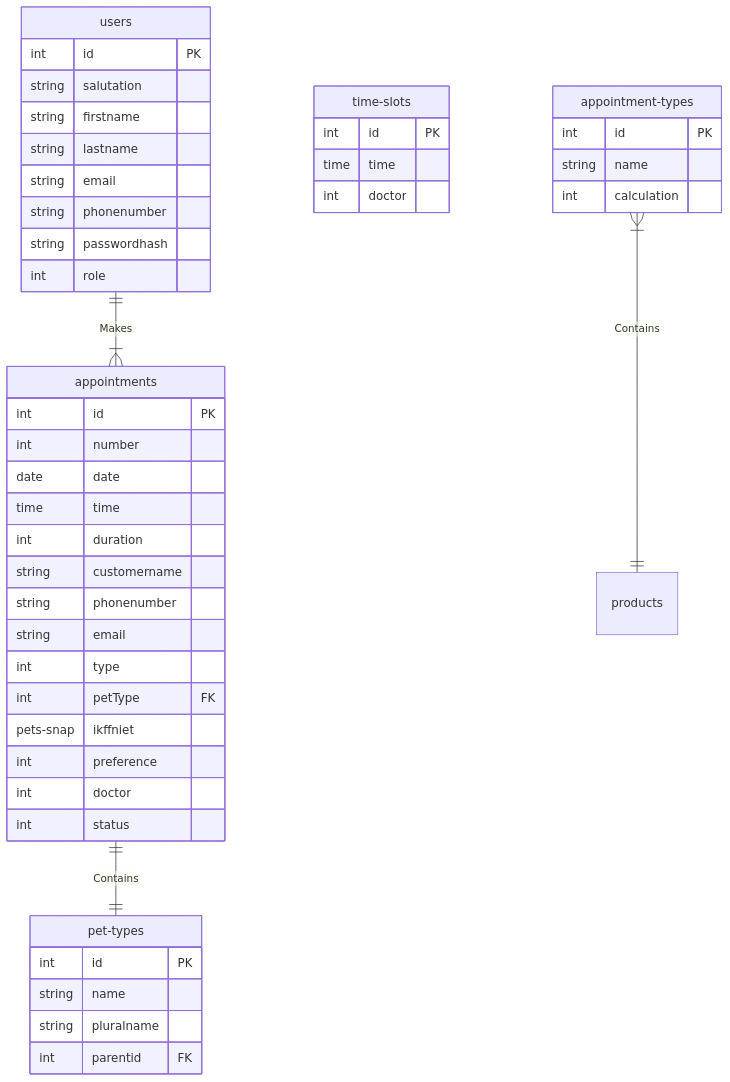
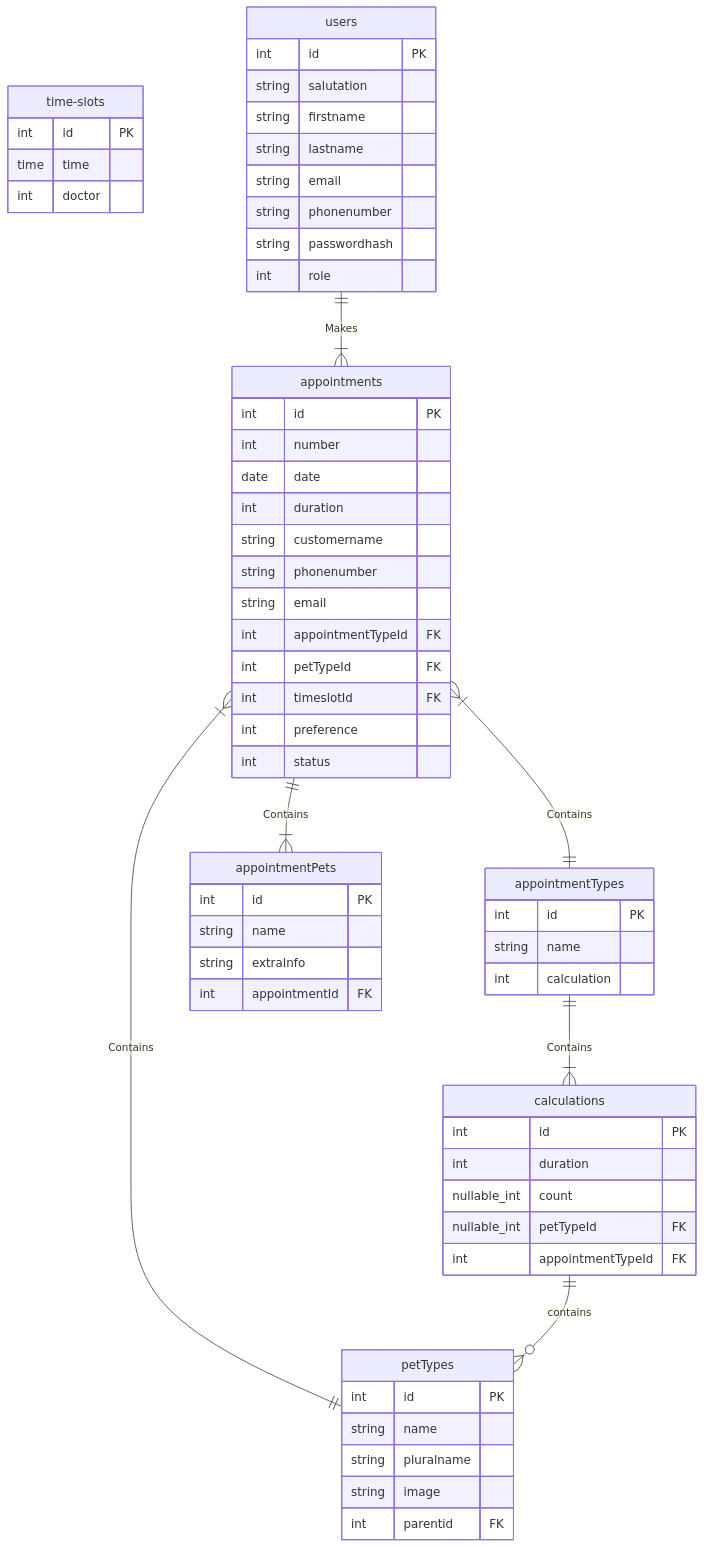
Before and after one commit to Educom-Trainees/educom-dierenartsen: the diagram in BackendASP/Designs/mermaiderd.md, drawn with Mermaid.

Commit message:
improved ERD, added tables and modified relationships

````diff
--- a/BackendASP/Designs/mermaiderd.md
+++ b/BackendASP/Designs/mermaiderd.md
@@ -1,52 +1,69 @@
 ```mermaid
 erDiagram
-    appointments ||--|| pet-types : Contains
+    appointments }|--|| petTypes : Contains
+    appointments }|--|| appointmentTypes : Contains
+    appointments ||--|{ appointmentPets : Contains
     appointments {
         int    id        PK
         int number
         date date
-        time time
         int duration
         string customername
         string phonenumber
         string email
-        int type
-        int petType     FK
-        pets-snap ikffniet
+        int appointmentTypeId      FK
+        int petTypeId              FK       
+        int timeslotId FK
         int preference 
-        int doctor
         int status
     }    
-    pet-types
-    pet-types {
+    petTypes
+    petTypes {
         int    id                PK
         string name           
         string pluralname 
+        string image
         int parentid FK
     } 
 
-    appointment-types }|--|| products : Contains
-    appointment-types {
+    appointmentTypes ||--|{ calculations : Contains
+    appointmentTypes {
         int    id                PK
         string name
         int calculation 
     } 
 
     time-slots {
         int    id                PK
         time time
         int doctor    
     }
 
     users ||--|{ appointments : Makes
     users {
-    int    id                PK
-    string salutation
-    string firstname
-    string lastname
-    string email
-    string phonenumber
-    string passwordhash
-    int role
+        int    id                PK
+        string salutation
+        string firstname
+        string lastname
+        string email
+        string phonenumber
+        string passwordhash
+        int role
+    }
+
+    appointmentPets {
+        int id          PK
+        string name
+        string extraInfo
+        int appointmentId FK
+    }
+
+    calculations ||--o{ petTypes : contains 
+    calculations {
+        int id              PK
+        int duration
+        nullable_int count
+        nullable_int petTypeId         FK
+        int appointmentTypeId          FK
     }
 ```
````
